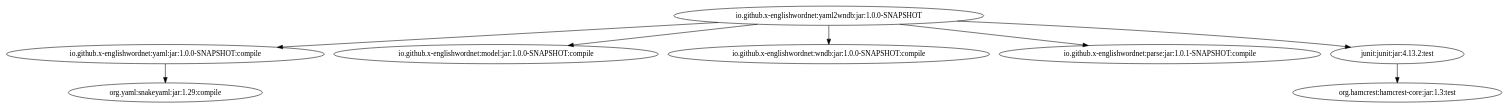
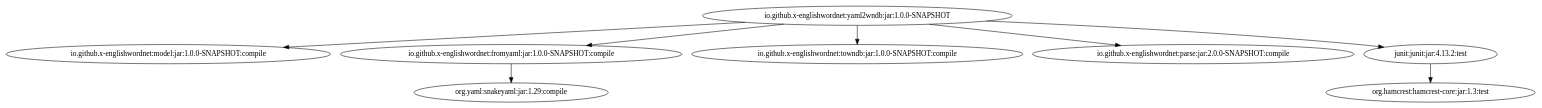
Before and after one commit to oewntk/grind_yaml2wndb: the diagram in images/grind-yaml2wndb.dot, drawn with Graphviz. The commit also changed 1 other file, not shown here.

```diff
--- a/images/grind-yaml2wndb.dot
+++ b/images/grind-yaml2wndb.dot
@@ -1,9 +1,9 @@
 digraph "io.github.x-englishwordnet:yaml2wndb:jar:1.0.0-SNAPSHOT" { 
-	"io.github.x-englishwordnet:yaml2wndb:jar:1.0.0-SNAPSHOT" -> "io.github.x-englishwordnet:yaml:jar:1.0.0-SNAPSHOT:compile" ; 
 	"io.github.x-englishwordnet:yaml2wndb:jar:1.0.0-SNAPSHOT" -> "io.github.x-englishwordnet:model:jar:1.0.0-SNAPSHOT:compile" ; 
-	"io.github.x-englishwordnet:yaml2wndb:jar:1.0.0-SNAPSHOT" -> "io.github.x-englishwordnet:wndb:jar:1.0.0-SNAPSHOT:compile" ; 
-	"io.github.x-englishwordnet:yaml2wndb:jar:1.0.0-SNAPSHOT" -> "io.github.x-englishwordnet:parse:jar:1.0.1-SNAPSHOT:compile" ; 
+	"io.github.x-englishwordnet:yaml2wndb:jar:1.0.0-SNAPSHOT" -> "io.github.x-englishwordnet:fromyaml:jar:1.0.0-SNAPSHOT:compile" ; 
+	"io.github.x-englishwordnet:yaml2wndb:jar:1.0.0-SNAPSHOT" -> "io.github.x-englishwordnet:towndb:jar:1.0.0-SNAPSHOT:compile" ; 
+	"io.github.x-englishwordnet:yaml2wndb:jar:1.0.0-SNAPSHOT" -> "io.github.x-englishwordnet:parse:jar:2.0.0-SNAPSHOT:compile" ; 
 	"io.github.x-englishwordnet:yaml2wndb:jar:1.0.0-SNAPSHOT" -> "junit:junit:jar:4.13.2:test" ; 
-	"io.github.x-englishwordnet:yaml:jar:1.0.0-SNAPSHOT:compile" -> "org.yaml:snakeyaml:jar:1.29:compile" ; 
+	"io.github.x-englishwordnet:fromyaml:jar:1.0.0-SNAPSHOT:compile" -> "org.yaml:snakeyaml:jar:1.29:compile" ; 
 	"junit:junit:jar:4.13.2:test" -> "org.hamcrest:hamcrest-core:jar:1.3:test" ; 
  } 
```
